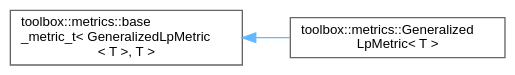
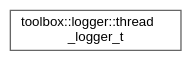
One commit to nerdneilsfield/cpp-toolbox changed the diagram in inherit_graph_53.dot. Above: the diagram before and after it, drawn with Graphviz. The commit also changed 738 other files, not shown here.

```diff
--- a/inherit_graph_53.dot
+++ b/inherit_graph_53.dot
@@ -1,11 +1,9 @@
 digraph "Graphical Class Hierarchy"
 {
  // LATEX_PDF_SIZE
   bgcolor="transparent";
   edge [fontname=Helvetica,fontsize=10,labelfontname=Helvetica,labelfontsize=10];
   node [fontname=Helvetica,fontsize=10,shape=box,height=0.2,width=0.4];
   rankdir="LR";
-  Node0 [id="Node000000",label="toolbox::metrics::base\l_metric_t\< GeneralizedLpMetric\l\< T \>, T \>",height=0.2,width=0.4,color="grey40", fillcolor="white", style="filled",URL="$classtoolbox_1_1metrics_1_1base__metric__t.html",tooltip=" "];
-  Node0 -> Node1 [id="edge55_Node000000_Node000001",dir="back",color="steelblue1",style="solid",tooltip=" "];
-  Node1 [id="Node000001",label="toolbox::metrics::Generalized\lLpMetric\< T \>",height=0.2,width=0.4,color="grey40", fillcolor="white", style="filled",URL="$classtoolbox_1_1metrics_1_1_generalized_lp_metric.html",tooltip=" "];
+  Node0 [id="Node000000",label="toolbox::logger::thread\l_logger_t",height=0.2,width=0.4,color="grey40", fillcolor="white", style="filled",URL="$classtoolbox_1_1logger_1_1thread__logger__t.html",tooltip="具有多个日志级别和格式的线程安全日志类 / Thread-safe logging class with multiple logging levels and formats"];
 }
```
